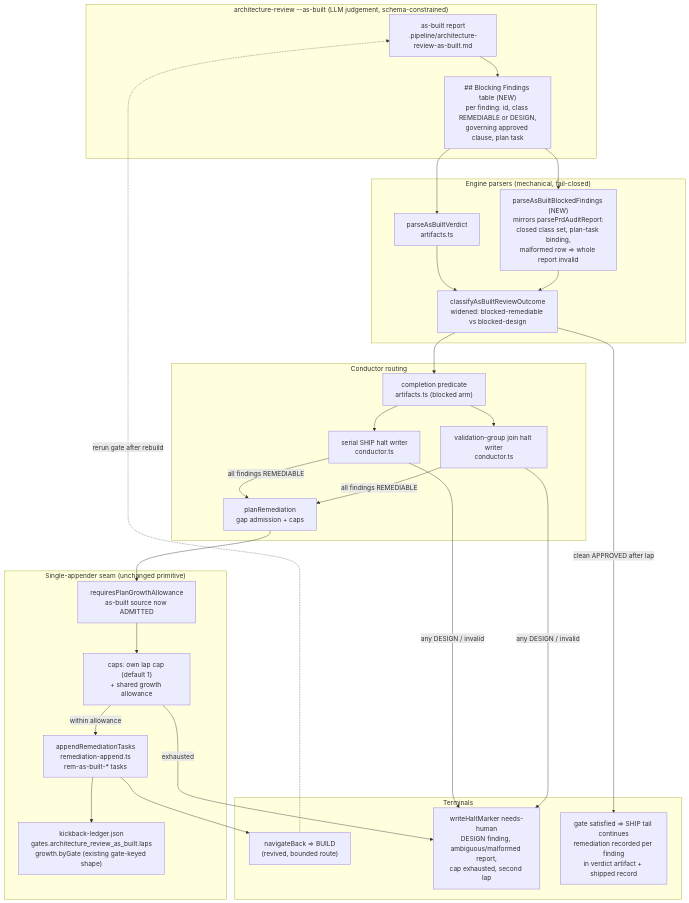
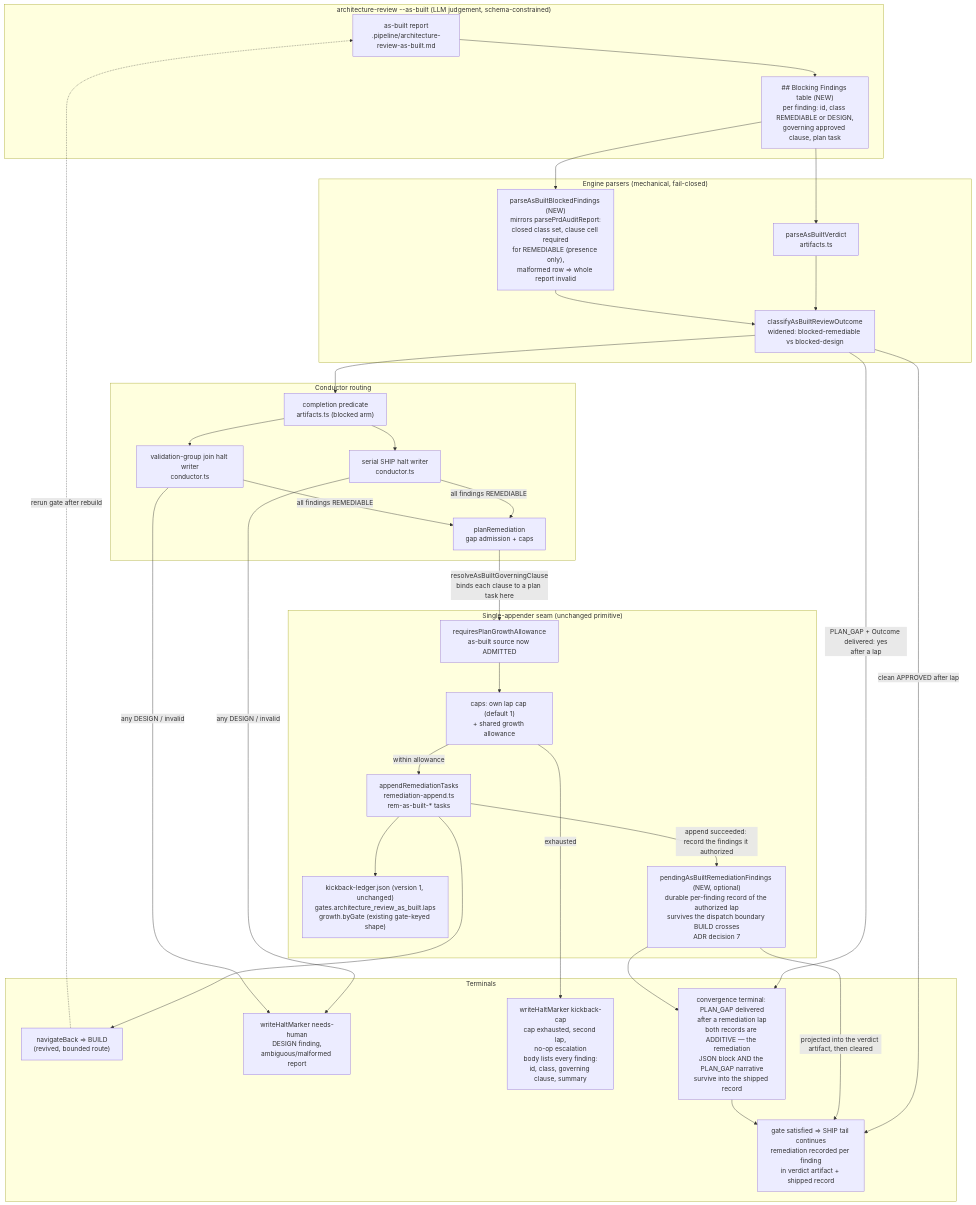
One commit to jstoup111/ai-conductor changed the diagram in .docs/architecture/every-as-built-blocked-verdict-halts-needs-human-i.md. Above: the diagram before and after it, drawn with Mermaid. The commit also changed other lines of this file and 29 other files, not shown here.

First line of the commit message:
feat: route remediable as-built findings to bounded repair (#1908)

````diff
--- a/.docs/architecture/every-as-built-blocked-verdict-halts-needs-human-i.md
+++ b/.docs/architecture/every-as-built-blocked-verdict-halts-needs-human-i.md
@@ -11,50 +12,58 @@
 ```mermaid
 graph TD
     subgraph Skill["architecture-review --as-built (LLM judgement, schema-constrained)"]
         REPORT["as-built report<br/>.pipeline/architecture-review-as-built.md"]
         FTABLE["## Blocking Findings table (NEW)<br/>per finding: id, class REMEDIABLE or DESIGN,<br/>governing approved clause, plan task"]
         REPORT --> FTABLE
     end
 
     subgraph Parser["Engine parsers (mechanical, fail-closed)"]
         PV["parseAsBuiltVerdict<br/>artifacts.ts"]
-        PF["parseAsBuiltBlockedFindings (NEW)<br/>mirrors parsePrdAuditReport:<br/>closed class set, plan-task binding,<br/>malformed row => whole report invalid"]
+        PF["parseAsBuiltBlockedFindings (NEW)<br/>mirrors parsePrdAuditReport:<br/>closed class set, clause cell required<br/>for REMEDIABLE (presence only),<br/>malformed row => whole report invalid"]
         CLS["classifyAsBuiltReviewOutcome<br/>widened: blocked-remediable vs blocked-design"]
     end
 
     subgraph Routing["Conductor routing"]
         COMP["completion predicate<br/>artifacts.ts (blocked arm)"]
         SERIAL["serial SHIP halt writer<br/>conductor.ts"]
         GROUP["validation-group join halt writer<br/>conductor.ts"]
         PR["planRemediation<br/>gap admission + caps"]
     end
 
     subgraph Appender["Single-appender seam (unchanged primitive)"]
         ALLOW["requiresPlanGrowthAllowance<br/>as-built source now ADMITTED"]
         APPEND["appendRemediationTasks<br/>remediation-append.ts<br/>rem-as-built-* tasks"]
-        LEDGER["kickback-ledger.json<br/>gates.architecture_review_as_built.laps<br/>growth.byGate (existing gate-keyed shape)"]
+        LEDGER["kickback-ledger.json (version 1, unchanged)<br/>gates.architecture_review_as_built.laps<br/>growth.byGate (existing gate-keyed shape)"]
+        PENDING["pendingAsBuiltRemediationFindings (NEW, optional)<br/>durable per-finding record of the authorized lap<br/>survives the dispatch boundary BUILD crosses<br/>ADR decision 7"]
         CAPS["caps: own lap cap (default 1)<br/>+ shared growth allowance"]
     end
 
     subgraph Terminals["Terminals"]
         BUILD["navigateBack => BUILD<br/>(revived, bounded route)"]
-        HALT["writeHaltMarker needs-human<br/>DESIGN finding, ambiguous/malformed report,<br/>cap exhausted, second lap"]
+        HALT["writeHaltMarker needs-human<br/>DESIGN finding,<br/>ambiguous/malformed report"]
+        CAPHALT["writeHaltMarker kickback-cap<br/>cap exhausted, second lap,<br/>no-op escalation<br/>body lists every finding:<br/>id, class, governing clause, summary"]
         SHIP["gate satisfied => SHIP tail continues<br/>remediation recorded per finding<br/>in verdict artifact + shipped record"]
+        PGCONV["convergence terminal: PLAN_GAP delivered<br/>after a remediation lap<br/>both records are ADDITIVE — the remediation<br/>JSON block AND the PLAN_GAP narrative<br/>survive into the shipped record"]
     end
 
     FTABLE --> PV --> CLS
     FTABLE --> PF --> CLS
     CLS --> COMP
     COMP --> SERIAL
     COMP --> GROUP
     SERIAL -->|all findings REMEDIABLE| PR
     GROUP -->|all findings REMEDIABLE| PR
     SERIAL -->|any DESIGN / invalid| HALT
     GROUP -->|any DESIGN / invalid| HALT
-    PR --> ALLOW --> CAPS
+    PR -->|"resolveAsBuiltGoverningClause<br/>binds each clause to a plan task here"| ALLOW --> CAPS
     CAPS -->|within allowance| APPEND --> LEDGER
+    APPEND -->|append succeeded: record the findings it authorized| PENDING
     APPEND --> BUILD
-    CAPS -->|exhausted| HALT
+    CAPS -->|exhausted| CAPHALT
     BUILD -.->|rerun gate after rebuild| REPORT
     CLS -->|clean APPROVED after lap| SHIP
+    PENDING -->|projected into the verdict artifact, then cleared| SHIP
+    CLS -->|"PLAN_GAP + Outcome delivered: yes<br/>after a lap"| PGCONV
+    PENDING --> PGCONV
+    PGCONV --> SHIP
 ```
````
